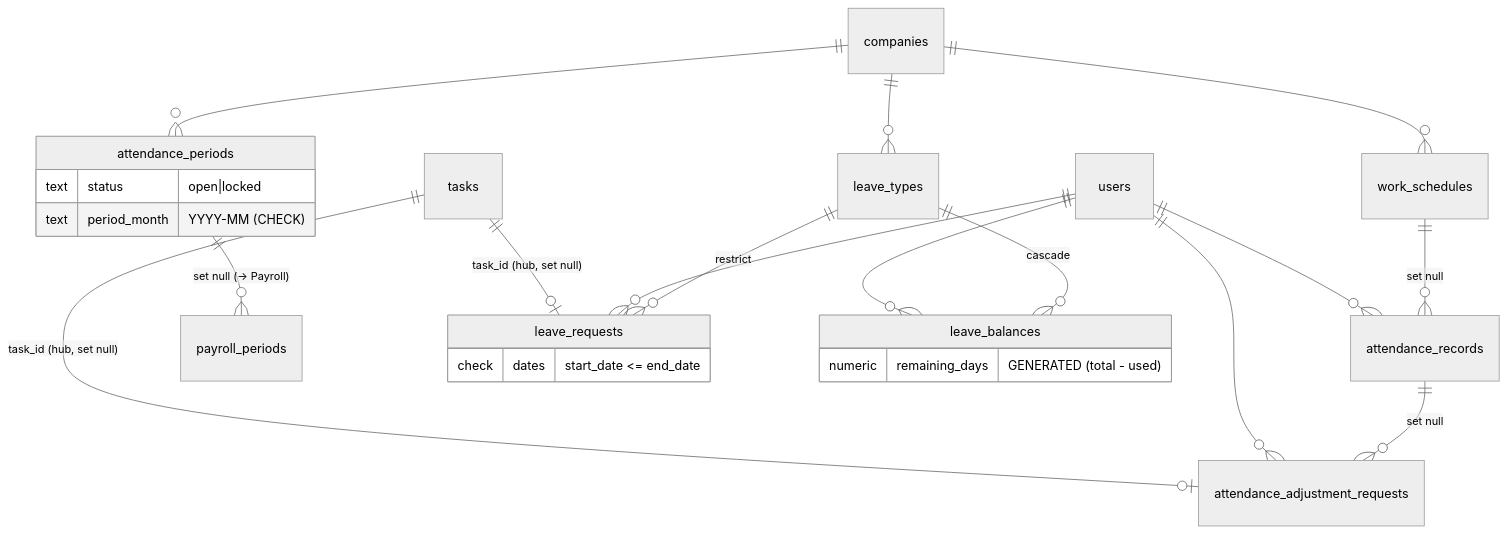
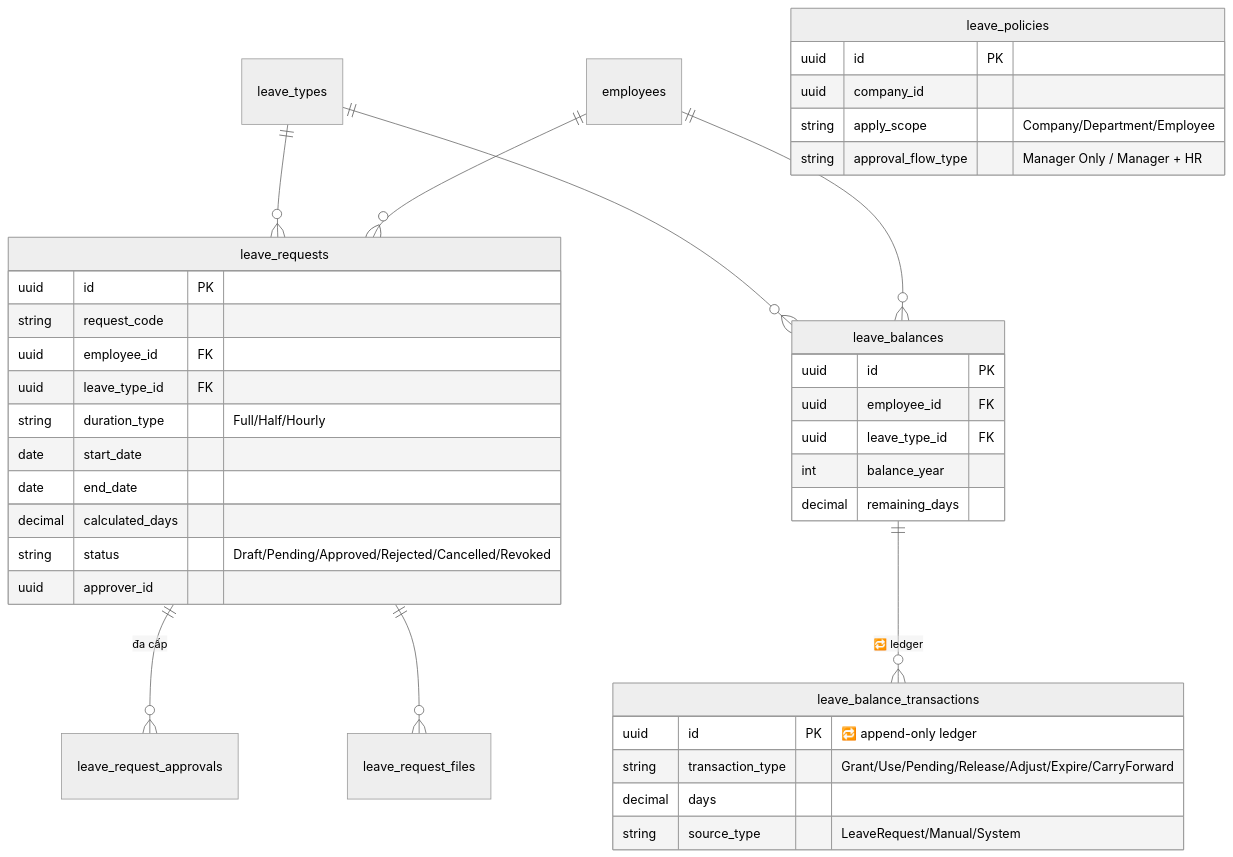
Before and after one commit to nguyencanhqk/mediaos: the fourth of 8 diagrams in docs/erd-current.md, drawn with Mermaid (neutral theme). The commit also changed other lines of this file and 194 other files, not shown here.

````diff
--- a/docs/erd-current.md
+++ b/docs/erd-current.md
@@ -314,28 +179,42 @@
 ```mermaid
 erDiagram
-    companies ||--o{ work_schedules : ""
-    work_schedules ||--o{ attendance_records : "set null"
-    users ||--o{ attendance_records : ""
-    attendance_records ||--o{ attendance_adjustment_requests : "set null"
-    users ||--o{ attendance_adjustment_requests : ""
-    tasks ||--o| attendance_adjustment_requests : "task_id (hub, set null)"
-    companies ||--o{ attendance_periods : ""
-    attendance_periods ||--o{ payroll_periods : "set null (→ Payroll)"
-    companies ||--o{ leave_types : ""
-    leave_types ||--o{ leave_requests : "restrict"
-    users ||--o{ leave_requests : ""
-    tasks ||--o| leave_requests : "task_id (hub, set null)"
-    leave_types ||--o{ leave_balances : "cascade"
-    users ||--o{ leave_balances : ""
+    leave_types ||--o{ leave_requests : ""
+    leave_types ||--o{ leave_balances : ""
+    employees ||--o{ leave_requests : ""
+    employees ||--o{ leave_balances : ""
+    leave_requests ||--o{ leave_request_approvals : "đa cấp"
+    leave_requests ||--o{ leave_request_files : ""
+    leave_balances ||--o{ leave_balance_transactions : "🔁 ledger"
 
-    attendance_periods {
-        text status "open|locked"
-        text period_month "YYYY-MM (CHECK)"
+    leave_requests {
+        uuid id PK
+        string request_code
+        uuid employee_id FK
+        uuid leave_type_id FK
+        string duration_type "Full/Half/Hourly"
+        date start_date
+        date end_date
+        decimal calculated_days
+        string status "Draft/Pending/Approved/Rejected/Cancelled/Revoked"
+        uuid approver_id
     }
     leave_balances {
-        numeric remaining_days "GENERATED (total - used)"
+        uuid id PK
+        uuid employee_id FK
+        uuid leave_type_id FK
+        int balance_year
+        decimal remaining_days
     }
-    leave_requests {
-        check dates "start_date <= end_date"
+    leave_balance_transactions {
+        uuid id PK "🔁 append-only ledger"
+        string transaction_type "Grant/Use/Pending/Release/Adjust/Expire/CarryForward"
+        decimal days
+        string source_type "LeaveRequest/Manual/System"
+    }
+    leave_policies {
+        uuid id PK
+        uuid company_id
+        string apply_scope "Company/Department/Employee"
+        string approval_flow_type "Manager Only / Manager + HR"
     }
 ```
````
